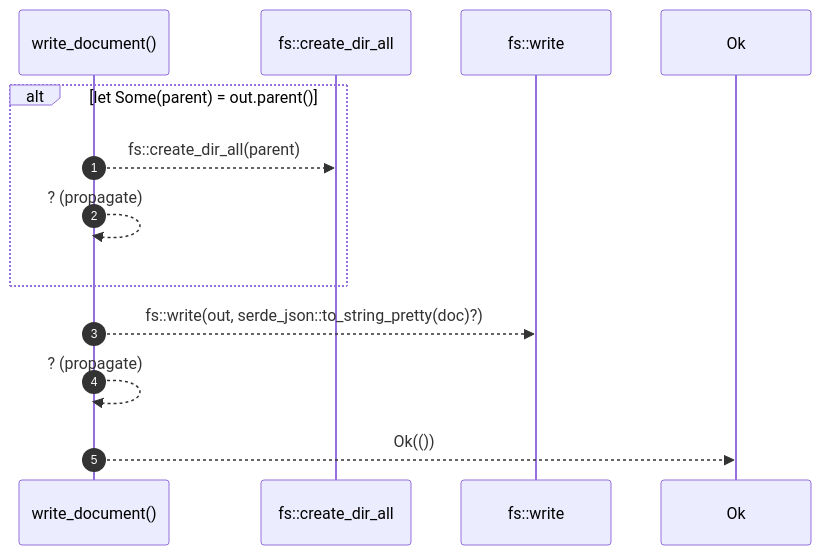
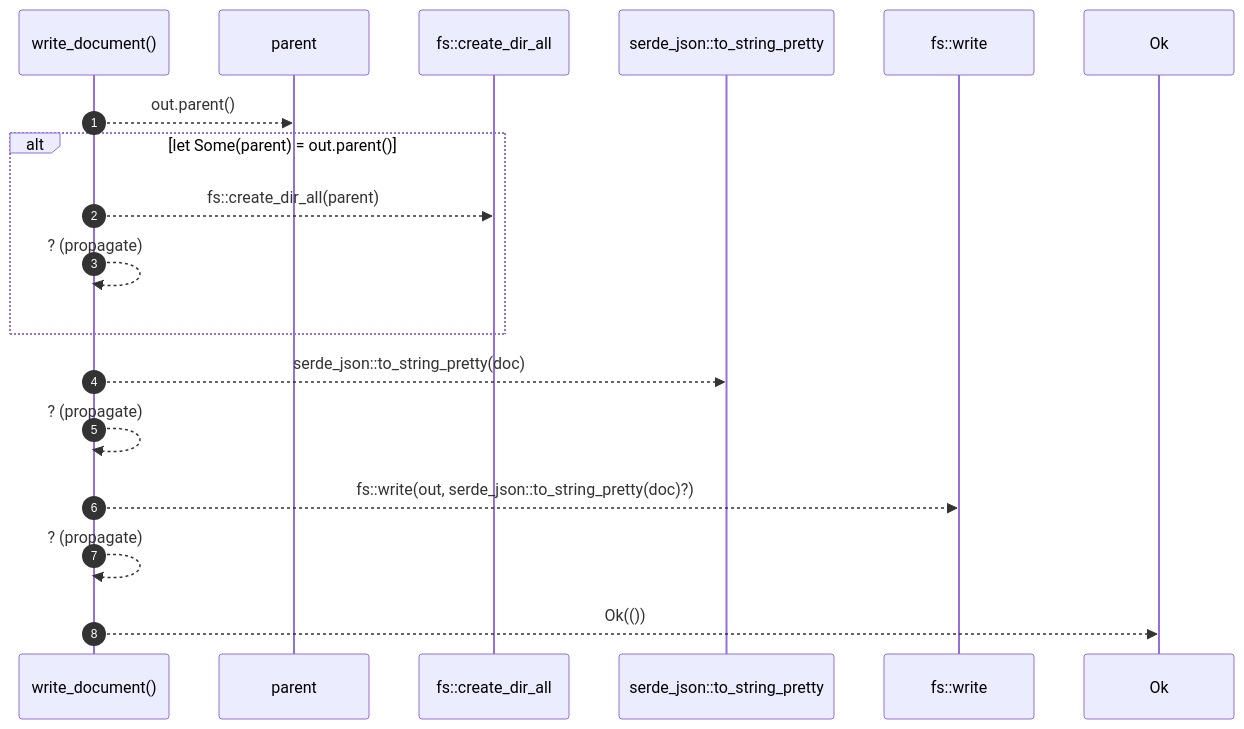
The diagram in docs/self-model/robby_render/pipeline/write-document.md (RyanGuild/self-describing-code), drawn with Mermaid before and after one commit. The commit also changed other lines of this file and 1404 other files, not shown here.

````diff
--- a/docs/self-model/robby_render/pipeline/write-document.md
+++ b/docs/self-model/robby_render/pipeline/write-document.md
@@ -25,15 +25,20 @@
 ```mermaid
 sequenceDiagram
     autonumber
     participant write_document as write_document()
+    participant parent as parent
     participant fs__create_dir_all as fs::create_dir_all
+    participant serde_json__to_string_pretty as serde_json::to_string_pretty
     participant fs__write as fs::write
     participant Ok as Ok
+    write_document-->>parent: out.parent()
     alt let Some(parent) = out.parent()
     write_document-->>fs__create_dir_all: fs::create_dir_all(parent)
     write_document-->>write_document: ? (propagate)
     end
+    write_document-->>serde_json__to_string_pretty: serde_json::to_string_pretty(doc)
+    write_document-->>write_document: ? (propagate)
     write_document-->>fs__write: fs::write(out, serde_json::to_string_pretty(doc)?)
     write_document-->>write_document: ? (propagate)
     write_document-->>Ok: Ok(())
 ```
````
